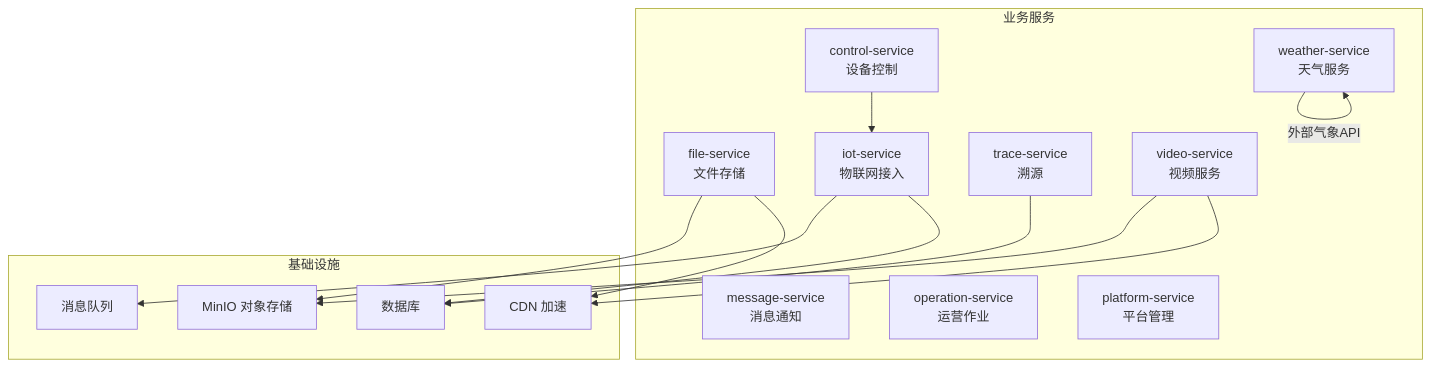
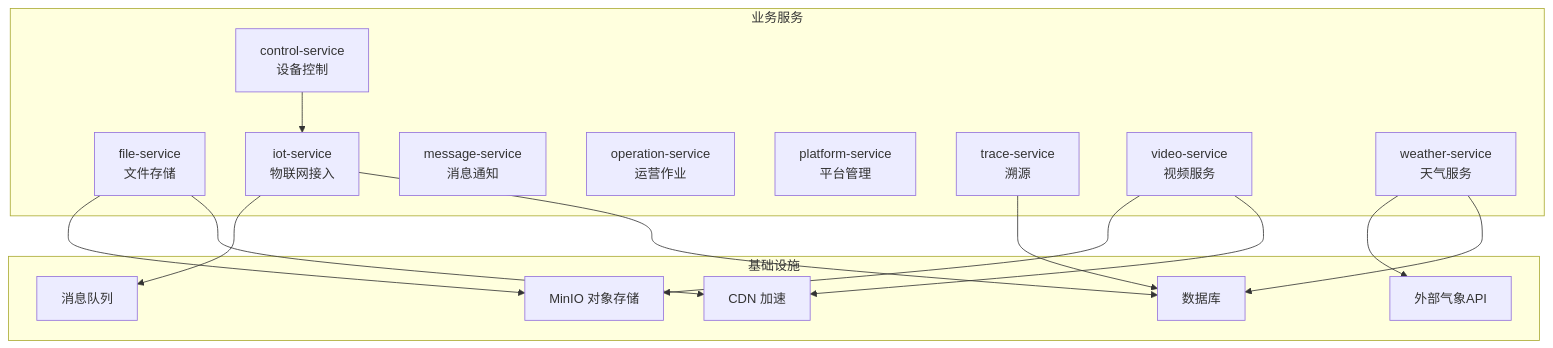
One commit to q446328246/agri-platform changed the first of 15 diagrams in .qoder/repowiki/zh/content/核心服务文档/其他业务服务.md. Above: the diagram before and after it, drawn with Mermaid. The commit also changed other lines of this file and 40 other files, not shown here.

````diff
--- a/.qoder/repowiki/zh/content/核心服务文档/其他业务服务.md
+++ b/.qoder/repowiki/zh/content/核心服务文档/其他业务服务.md
@@ -35,29 +53,31 @@
 ```mermaid
 graph TB
 subgraph "业务服务"
 CS["control-service<br/>设备控制"]
 FS["file-service<br/>文件存储"]
 IoT["iot-service<br/>物联网接入"]
 MS["message-service<br/>消息通知"]
 OPS["operation-service<br/>运营作业"]
 PLAT["platform-service<br/>平台管理"]
 TRC["trace-service<br/>溯源"]
 VID["video-service<br/>视频服务"]
 WTH["weather-service<br/>天气服务"]
 end
 subgraph "基础设施"
 MINIO["MinIO 对象存储"]
 DB["数据库"]
 MQ["消息队列"]
 CDN["CDN 加速"]
+EXT["外部气象API"]
 end
 CS --> IoT
 FS --> MINIO
 FS --> CDN
 IoT --> MQ
 IoT --> DB
 TRC --> DB
 VID --> MINIO
 VID --> CDN
-WTH --> |"外部气象API"| WTH
+WTH --> EXT
+WTH --> DB
 ```
````
